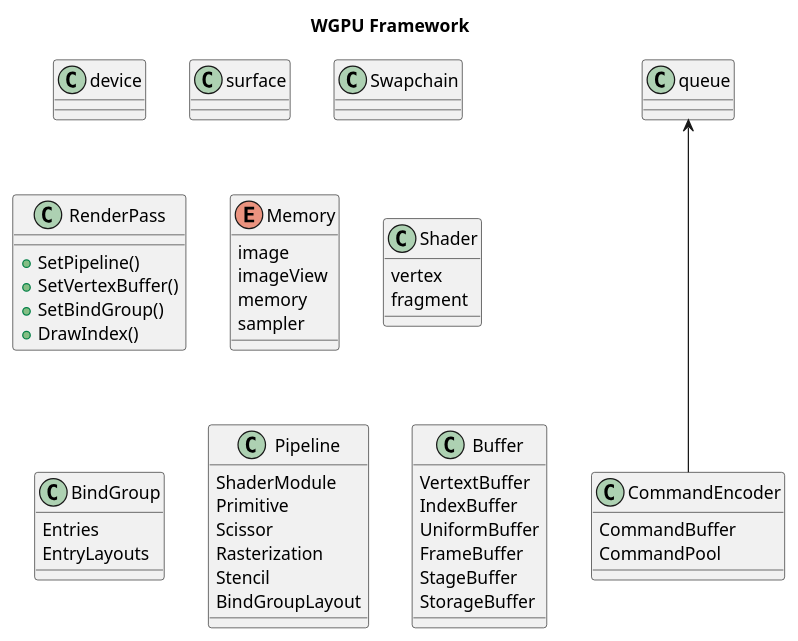
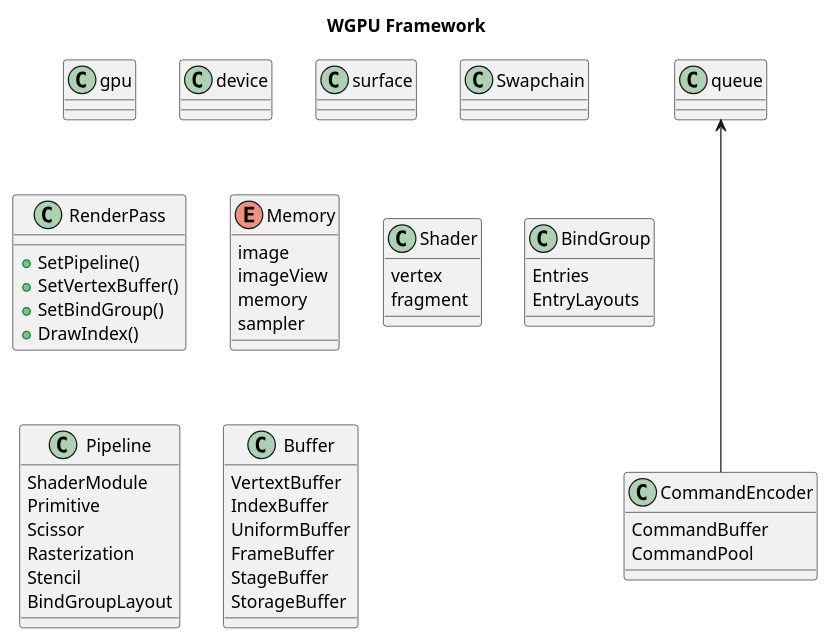
One commit to linuxing3/efwmc-walnut-template changed the diagram in Framework.puml. Above: the diagram before and after it, drawn with PlantUML. The commit also changed 4 other files, not shown here.

```diff
--- a/Framework.puml
+++ b/Framework.puml
@@ -1,59 +1,60 @@
 @startuml
 title WGPU Framework
 
 queue <--- CommandEncoder
 
+class gpu
 class device
 class queue
 class surface
 
 class Swapchain
 
 class CommandEncoder {
     CommandBuffer
     CommandPool
 }
 
 class RenderPass {
     +SetPipeline()
     +SetVertexBuffer()
     +SetBindGroup()
     +DrawIndex()
 }
 
 enum Memory {
     image
     imageView
     memory
     sampler
 }
 
 class Shader {
     vertex
     fragment
 }
 
 class BindGroup {
     Entries
     EntryLayouts
 }
 
 class Pipeline {
     ShaderModule
     Primitive
     Scissor
     Rasterization
     Stencil
     BindGroupLayout
 }
 
 
 class Buffer {
     VertextBuffer
     IndexBuffer
     UniformBuffer
     FrameBuffer
     StageBuffer
     StorageBuffer
 }
 @enduml
```
